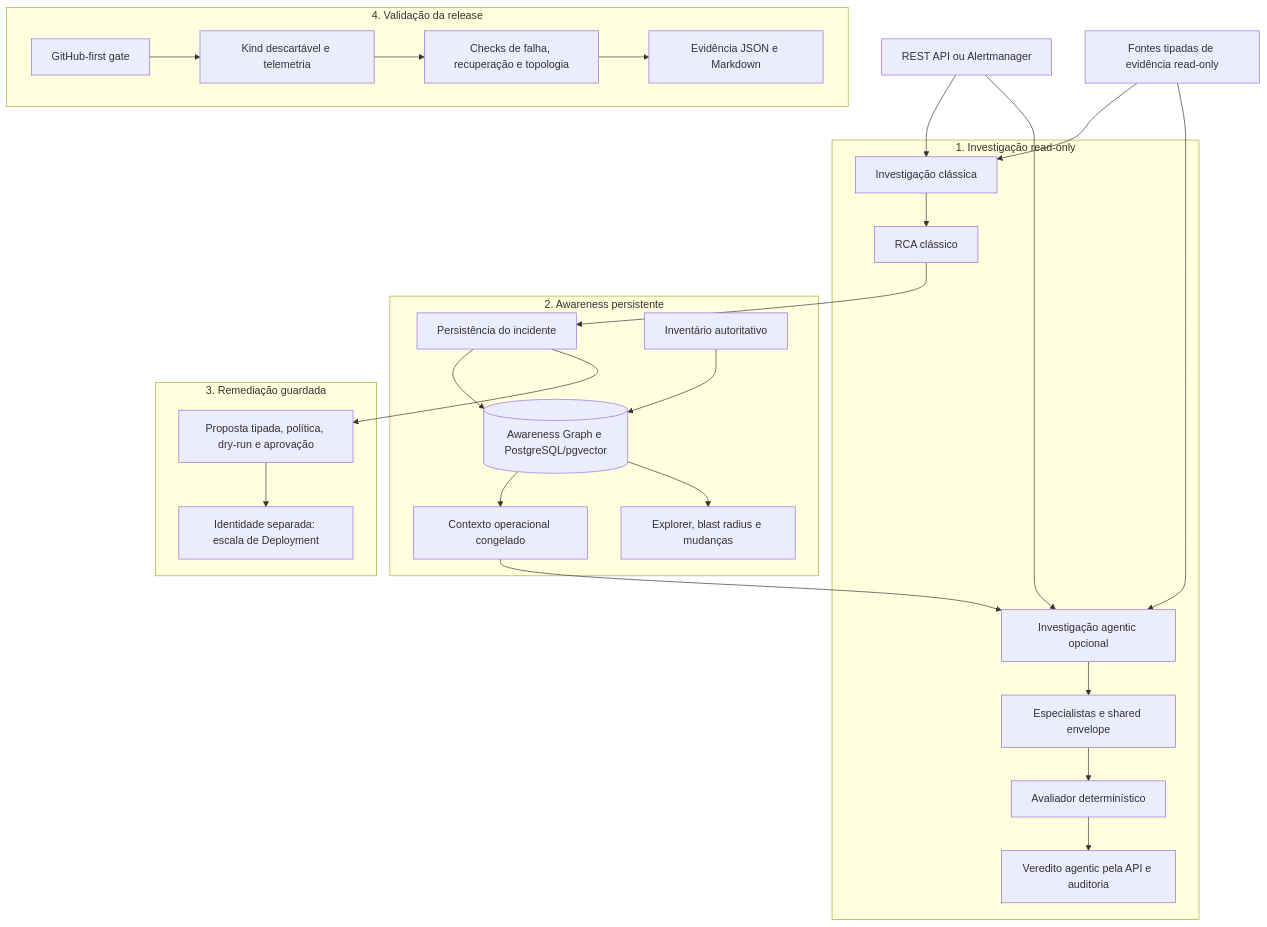
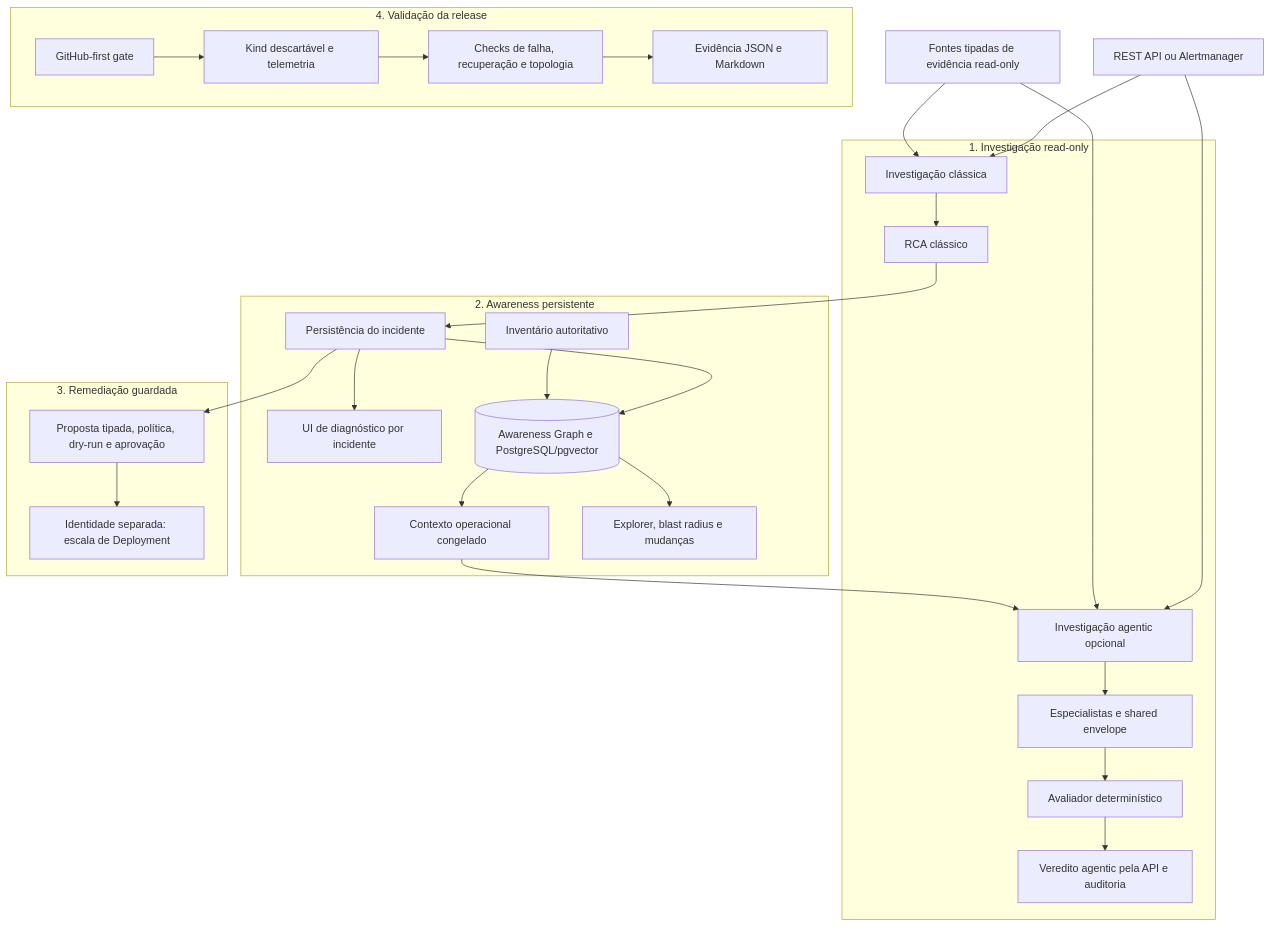
The first of 28 diagrams in docs/architecture.pt-BR.md (marcocristofolini/ai-sre-rca), drawn with Mermaid before and after one commit. The commit also changed other lines of this file and 11 other files, not shown here.

````diff
--- a/docs/architecture.pt-BR.md
+++ b/docs/architecture.pt-BR.md
@@ -9,30 +9,31 @@
 ```mermaid
 flowchart TD
     IN["REST API ou Alertmanager"] --> CORE["Investigação clássica"]
     IN --> PLAN["Investigação agentic opcional"]
     SRC["Fontes tipadas de evidência read-only"] --> CORE
     SRC --> PLAN
     subgraph READ["1. Investigação read-only"]
       CORE --> RCA["RCA clássico"]
       PLAN --> ENV["Especialistas e shared envelope"]
       ENV --> EVAL["Avaliador determinístico"]
       EVAL --> AR["Veredito agentic pela API e auditoria"]
     end
     subgraph AWARE["2. Awareness persistente"]
       RCA --> STORE["Persistência do incidente"]
+      STORE --> DIAG["UI de diagnóstico por incidente"]
       STORE --> PAG[("Awareness Graph e PostgreSQL/pgvector")]
       INV["Inventário autoritativo"] --> PAG
       PAG --> CTX["Contexto operacional congelado"]
       CTX --> PLAN
       PAG --> VIEW["Explorer, blast radius e mudanças"]
     end
     subgraph REM["3. Remediação guardada"]
       STORE --> POLICY["Proposta tipada, política, dry-run e aprovação"]
       POLICY --> ACT["Identidade separada: escala de Deployment"]
     end
     subgraph VAL["4. Validação da release"]
       GH["GitHub-first gate"] --> KIND["Kind descartável e telemetria"]
       KIND --> HAR["Checks de falha, recuperação e topologia"]
       HAR --> REP["Evidência JSON e Markdown"]
     end
 ```
````
